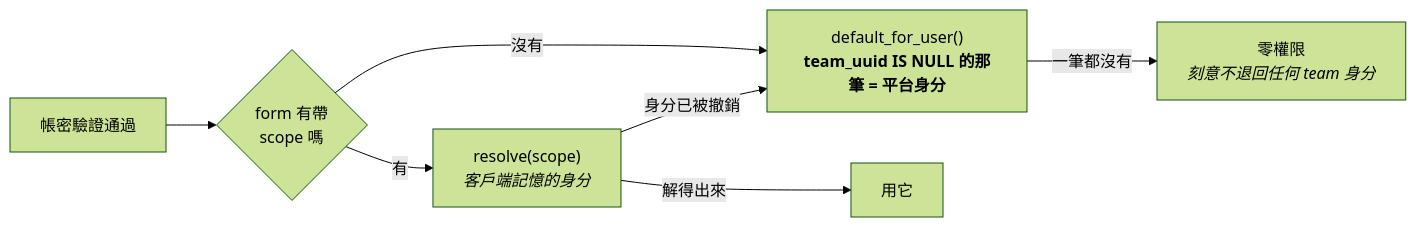
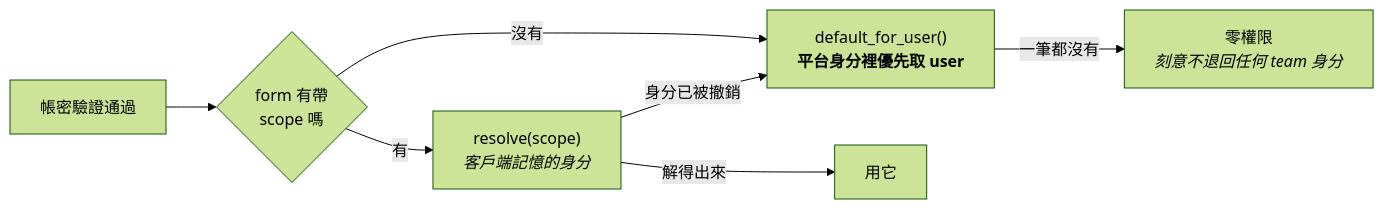
Before and after one commit to GuangFuHero/optimized-version: the third of 5 diagrams in Backend/Spec/Docs/identity-switching.md, drawn with Mermaid (forest theme). The commit also changed other lines of this file and 5 other files, not shown here.

````diff
--- a/Backend/Spec/Docs/identity-switching.md
+++ b/Backend/Spec/Docs/identity-switching.md
@@ -84,10 +84,10 @@
 ```mermaid
 flowchart LR
     L["帳密驗證通過"] --> Q{"form 有帶<br/>scope 嗎"}
     Q -- "有" --> RS["resolve(scope)<br/><i>客戶端記憶的身分</i>"]
     Q -- "沒有" --> DF
     RS -- "身分已被撤銷" --> DF
     RS -- "解得出來" --> USE["用它"]
-    DF["default_for_user()<br/><b>team_uuid IS NULL 的那筆 = 平台身分</b>"]
+    DF["default_for_user()<br/><b>平台身分裡優先取 user</b>"]
     DF -- "一筆都沒有" --> NONE["零權限<br/><i>刻意不退回任何 team 身分</i>"]
 ```
````
